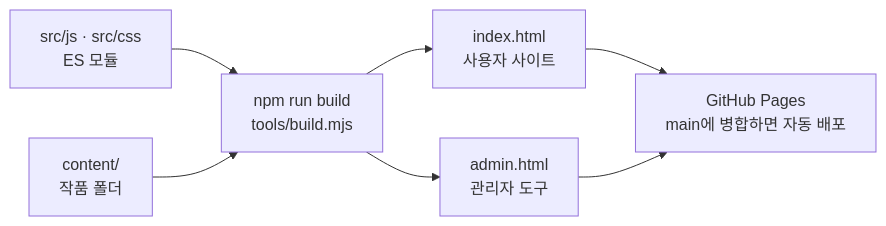
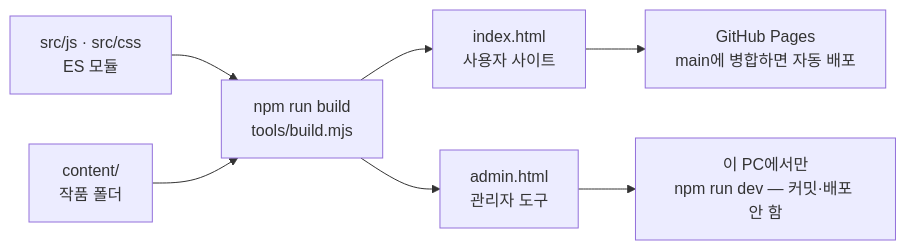
One commit to 20232497/HEARTSYNC changed the diagram in README.md. Above: the diagram before and after it, drawn with Mermaid. The commit also changed other lines of this file and 21 other files, not shown here.

````diff
--- a/README.md
+++ b/README.md
@@ -115,9 +115,9 @@
 ```mermaid
 flowchart LR
   S["src/js · src/css<br/>ES 모듈"] --> B["npm run build<br/>tools/build.mjs"]
   C["content/<br/>작품 폴더"] --> B
   B --> U["index.html<br/>사용자 사이트"]
   B --> A["admin.html<br/>관리자 도구"]
   U --> P["GitHub Pages<br/>main에 병합하면 자동 배포"]
-  A --> P
+  A --> L["이 PC에서만<br/>npm run dev — 커밋·배포 안 함"]
 ```
````
